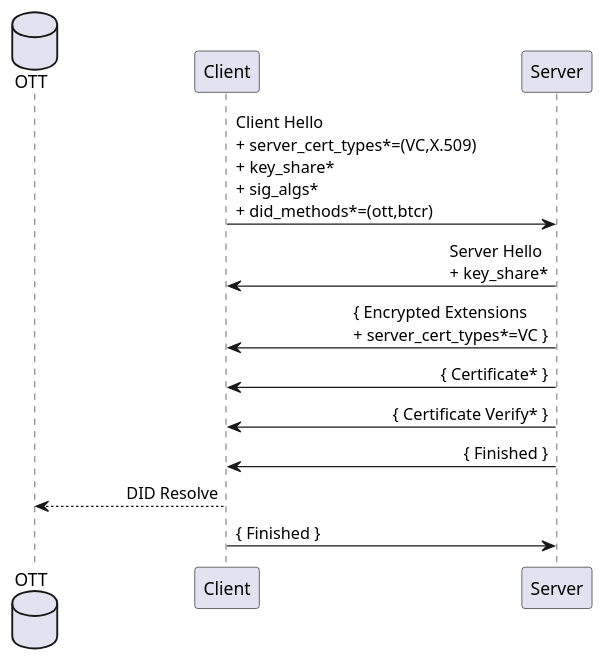
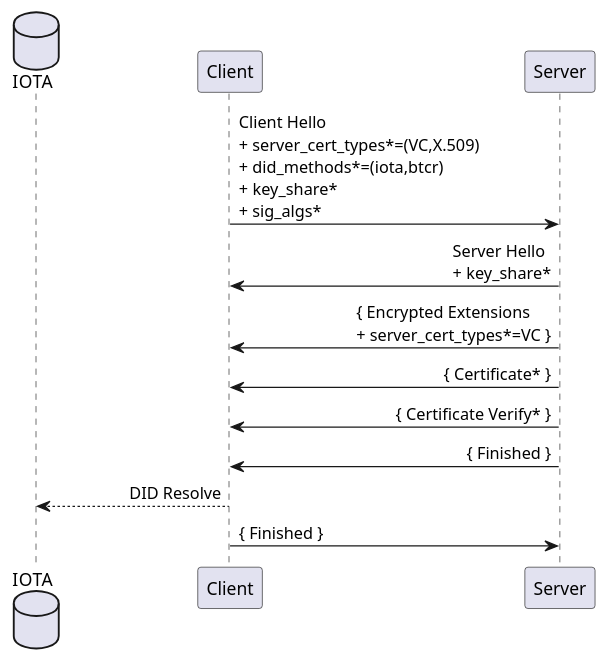
Before and after one commit to thomas-fossati/draft-vesco-vcauthtls: the second of 5 diagrams in draft-vesco-vcauthtls.md, drawn with PlantUML. The commit also changed other lines of this file, not shown here.

```diff
--- a/draft-vesco-vcauthtls.md
+++ b/draft-vesco-vcauthtls.md
@@ -210,19 +208,19 @@
 ~~~plantuml
 @startuml
 skinparam sequenceMessageAlign direction
 skinparam ParticipantPadding 100
 
-database OTT order 1
+database IOTA order 1
 participant Client order 2
 participant Server order 3
 
-Client -> Server : Client Hello \n+ server_cert_types*=(VC,X.509) \n+ key_share* \n+ sig_algs* \n+ did_methods*=(ott,btcr)
+Client -> Server : Client Hello \n+ server_cert_types*=(VC,X.509) \n+ did_methods*=(iota,btcr) \n+ key_share* \n+ sig_algs*
 Server -> Client : Server Hello \n+ key_share*
 Server -> Client : { Encrypted Extensions \n+ server_cert_types*=VC }
 Server -> Client : { Certificate* }
 Server -> Client : { Certificate Verify* }
 Server -> Client : { Finished }
-Client --> OTT : DID Resolve
+Client --> IOTA : DID Resolve
 Client -> Server : { Finished }
 @enduml
 ~~~
```
